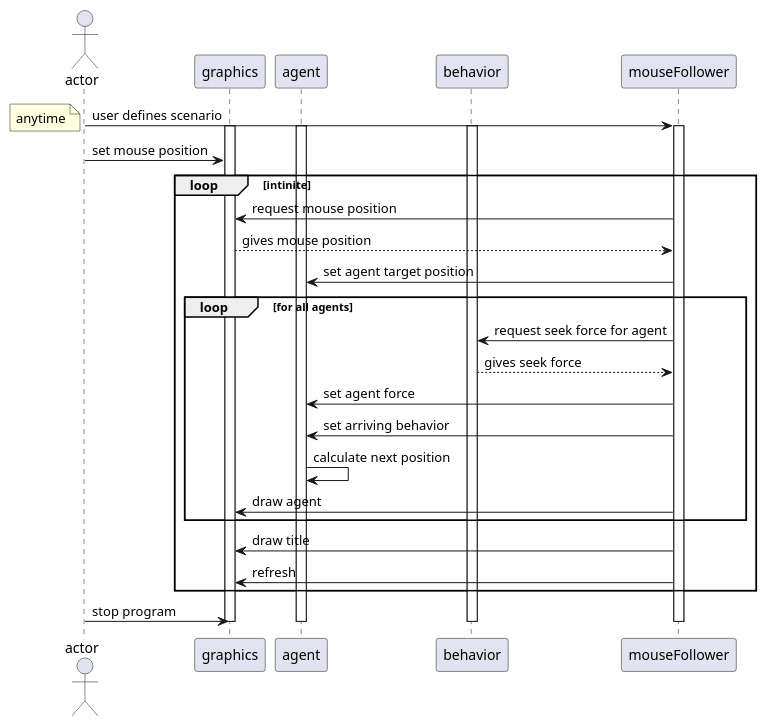
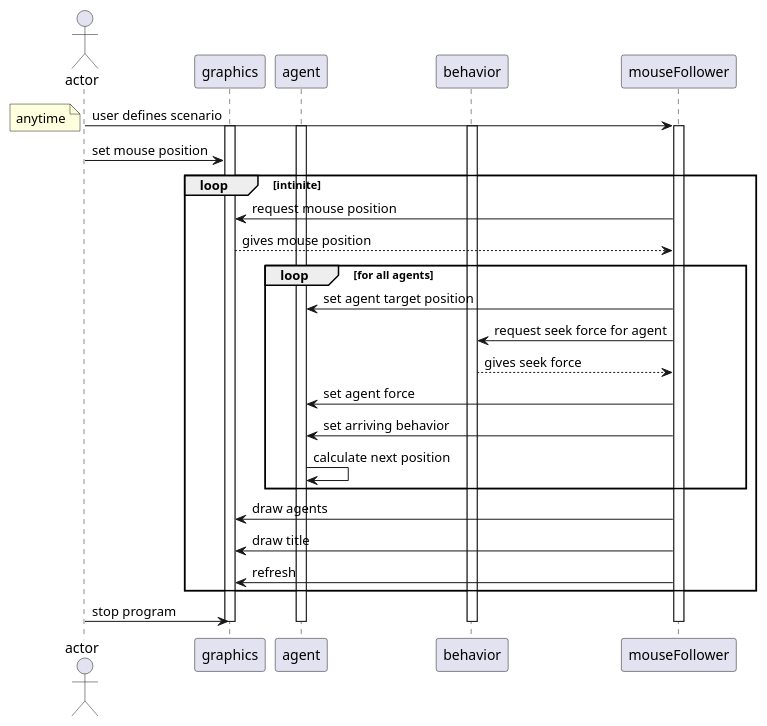
One commit to mehmetrizaoz/autonomousSteeringAgents changed the diagram in docs/uml/sequence_diagram/mouseFollower_scenario.puml. Above: the diagram before and after it, drawn with PlantUML. The commit also changed 1 other file, not shown here.

Commit message:
leader following scenario sequence diagram created

```diff
--- a/docs/uml/sequence_diagram/mouseFollower_scenario.puml
+++ b/docs/uml/sequence_diagram/mouseFollower_scenario.puml
@@ -1,35 +1,35 @@
 @startuml
 actor actor as user
 participant graphics as view
 participant agent as agent
 participant behavior as steeringBehavior
 participant mouseFollower as mF
 
 user -> mF: user defines scenario
 activate mF
 activate view
 activate agent
 activate steeringBehavior
 note left: anytime
 user -> view:  set mouse position
 loop intinite    
     mF -> view: request mouse position
     view --> mF: gives mouse position
-    mF -> agent: set agent target position
     loop for all agents
-    mF -> steeringBehavior: request seek force for agent
-    steeringBehavior --> mF: gives seek force
-    mF -> agent: set agent force
-    mF -> agent: set arriving behavior
-    agent -> agent: calculate next position
-    mF -> view: draw agent
+        mF -> agent: set agent target position
+        mF -> steeringBehavior: request seek force for agent
+        steeringBehavior --> mF: gives seek force
+        mF -> agent: set agent force
+        mF -> agent: set arriving behavior
+        agent -> agent: calculate next position    
     end
+    mF -> view: draw agents
     mF -> view: draw title
     mF -> view: refresh
 end
 user -> view: stop program
 deactivate mF
 deactivate view
 deactivate agent
 deactivate steeringBehavior
 @enduml
```
